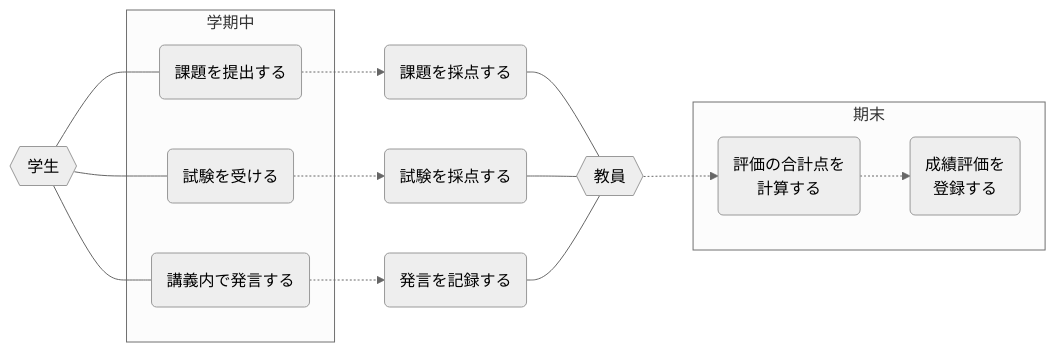
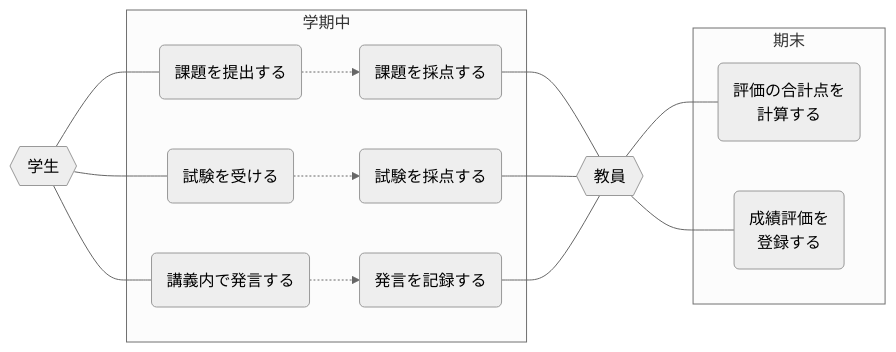
One commit to Shibasaki1224/Marmade_Vol.1 changed the diagram in mermaid3_ex2.md. Above: the diagram before and after it, drawn with Mermaid (neutral theme).

````diff
--- a/mermaid3_ex2.md
+++ b/mermaid3_ex2.md
@@ -1,21 +1,26 @@
 ```mermaid
 flowchart LR
 S{{学生}}
 a(課題を提出する) -.-> d(課題を採点する)
 b(試験を受ける) -.-> e(試験を採点する)
 c(講義内で発言する) -.-> f(発言を記録する)
-T{{教員}}-.->g("評価の合計点を\n計算する")-.->h("成績評価を\n登録する")
+T{{教員}}
+g("評価の合計点を\n計算する")
+h("成績評価を\n登録する")
 
 S --- a & b & c
-d & e & f --- T
+d & e & f --- T --- g & h
 
 subgraph 学期中
 a
 b
 c
+d
+e
+f
 end
 subgraph 期末
 g
 h
 end
 ```
````
